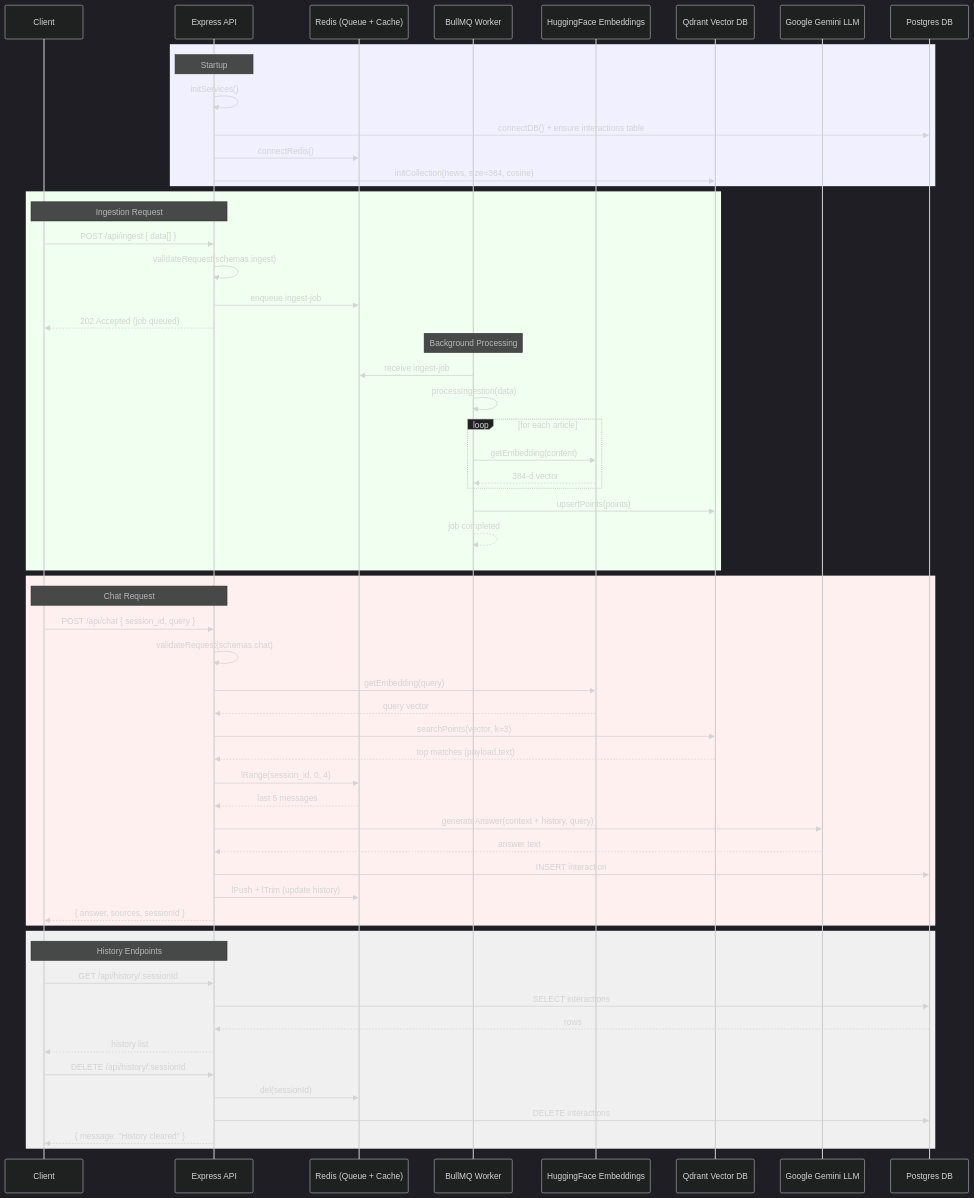
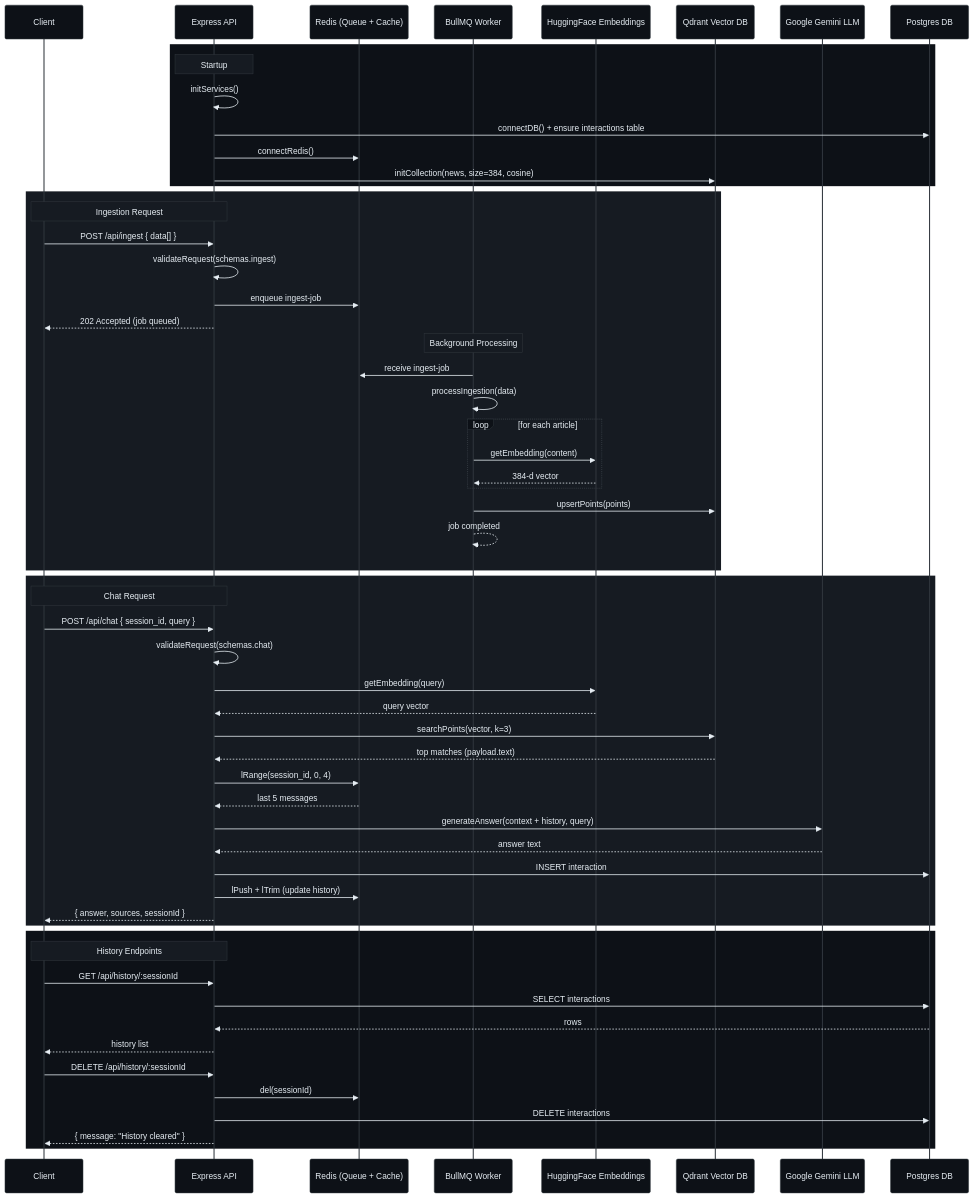
The second of 2 diagrams in README.md (Sanjoy9999/Backend-Developer-Assessment-Edwid-Tech-PVT-LTD), drawn with Mermaid before and after one commit.

Commit message:
update sequence diagram theme and colors for improved readability

````diff
--- a/README.md
+++ b/README.md
@@ -86,5 +86,27 @@
 ```mermaid
-%%{init: {'theme': 'dark', 'themeVariables': { 'background': '#0b0f1a', 'primaryColor': '#1f2940', 'secondaryColor': '#27334a', 'primaryTextColor': '#e8ecf5', 'tertiaryTextColor': '#e8ecf5' }}}%%
+%%{init: {
+  'theme': 'base',
+  'themeVariables': {
+    'background': '#0d1117',
+    'primaryColor': '#0d1117',
+    'secondaryColor': '#161b22',
+    'tertiaryColor': '#161b22',
+    'primaryTextColor': '#e6edf3',
+    'secondaryTextColor': '#e6edf3',
+    'tertiaryTextColor': '#e6edf3',
+    'lineColor': '#30363d',
+    'signalColor': '#e6edf3',
+    'signalTextColor': '#e6edf3',
+    'actorBkg': '#0d1117',
+    'actorBorder': '#30363d',
+    'actorTextColor': '#e6edf3',
+    'activationBkgColor': '#161b22',
+    'activationBorderColor': '#30363d',
+    'noteBkgColor': '#161b22',
+    'noteTextColor': '#e6edf3',
+    'noteBorderColor': '#30363d'
+  }
+}}%%
 sequenceDiagram
   participant Client
   participant API as Express API
@@ -95,7 +117,7 @@
   participant Gemini as Google Gemini LLM
   participant PG as Postgres DB
 
-  rect rgb(240,240,255)
+  rect rgb(13,17,23)
   Note over API: Startup
   API->>API: initServices()
   API->>PG: connectDB() + ensure interactions table
@@ -103,7 +125,7 @@
   API->>Qdrant: initCollection(news, size=384, cosine)
   end
 
-  rect rgb(240,255,240)
+  rect rgb(22,27,34)
   Note over Client,API: Ingestion Request
   Client->>API: POST /api/ingest { data[] }
   API->>API: validateRequest(schemas.ingest)
@@ -121,7 +143,7 @@
   Worker-->>Worker: job completed
   end
 
-  rect rgb(255,240,240)
+  rect rgb(22,27,34)
   Note over Client,API: Chat Request
   Client->>API: POST /api/chat { session_id, query }
   API->>API: validateRequest(schemas.chat)
@@ -138,7 +160,7 @@
   API-->>Client: { answer, sources, sessionId }
   end
 
-  rect rgb(240,240,240)
+  rect rgb(13,17,23)
   Note over Client,API: History Endpoints
   Client->>API: GET /api/history/:sessionId
   API->>PG: SELECT interactions
````
